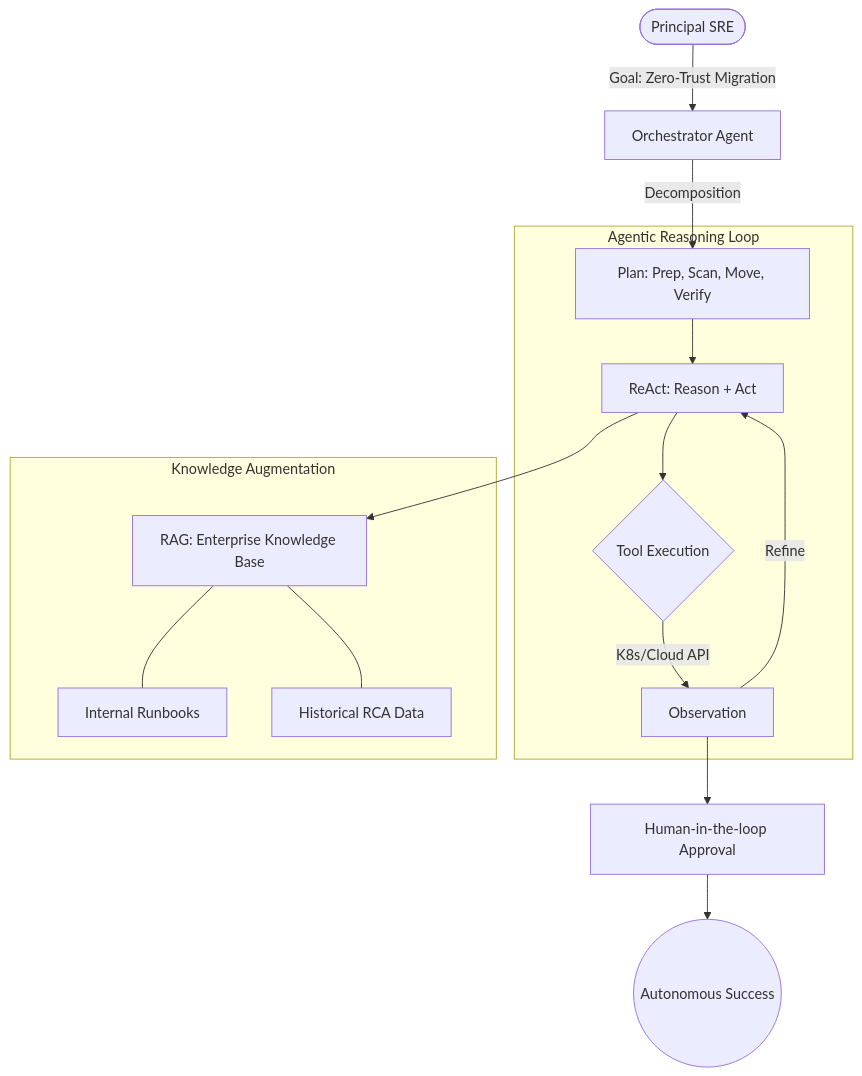
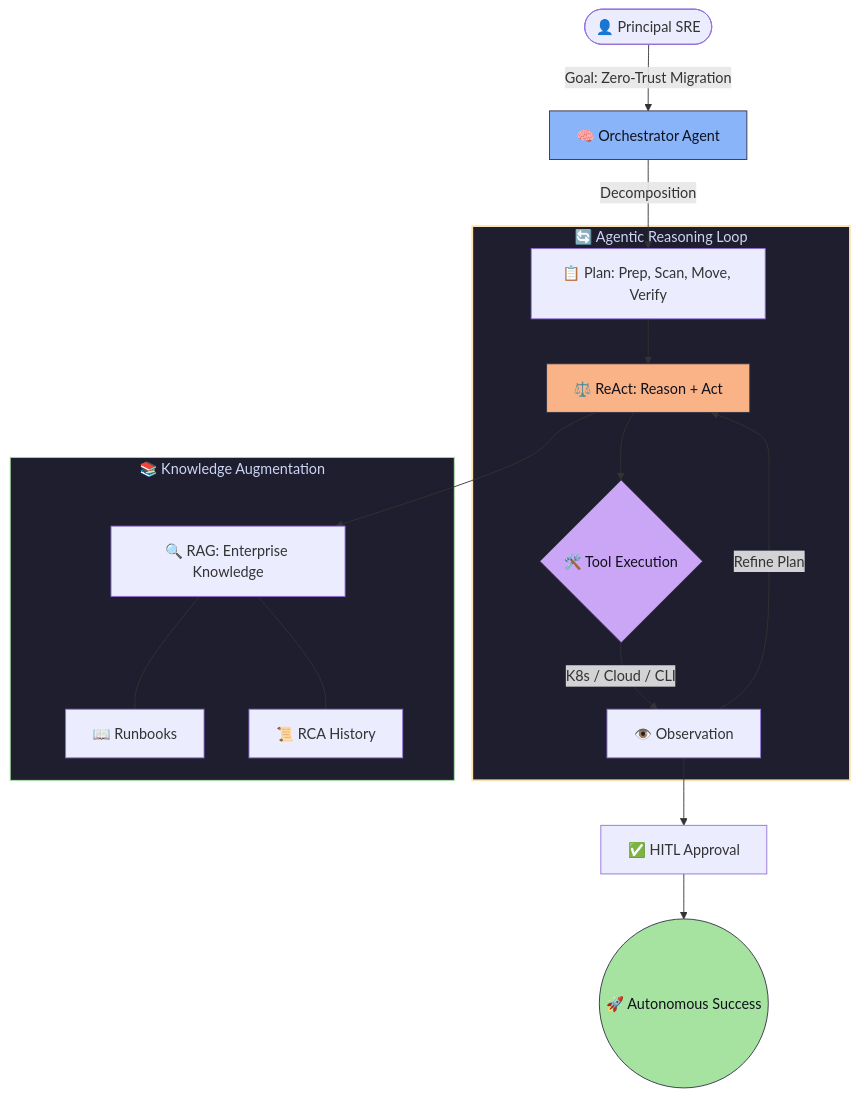
The diagram in 03-advanced/03-phase-3/02-prompt-engineering/readme.md (Ganil151/Devops), drawn with Mermaid before and after one commit. The commit also changed other lines of this file and 1 other file, not shown here.

Commit message:
docs(Devops): Update readme.md and 1 others
Changes summary:
- Modified: 2 files
  • 03-advanced/03-phase-3/02-prompt-engineering/readme.md
  • 03-advanced/03-phase-3/03-mcp/readme.md

````diff
--- a/03-advanced/03-phase-3/02-prompt-engineering/readme.md
+++ b/03-advanced/03-phase-3/02-prompt-engineering/readme.md
@@ -14,21 +14,30 @@
 ```mermaid
 graph TD
-    User([Principal SRE]) -->|Goal: Zero-Trust Migration| Agent[Orchestrator Agent]
-    Agent -->|Decomposition| SubTasks[Plan: Prep, Scan, Move, Verify]
+    User([👤 Principal SRE]) -->|Goal: Zero-Trust Migration| Agent[🧠 Orchestrator Agent]
+    Agent -->|Decomposition| SubTasks[📋 Plan: Prep, Scan, Move, Verify]
     
-    subgraph Agentic Reasoning Loop
-    SubTasks --> Planning[ReAct: Reason + Act]
-    Planning --> Tools{Tool Execution}
-    Tools -->|K8s/Cloud API| Obs[Observation]
-    Obs -->|Refine| Planning
+    subgraph Reasoning_Loop ["🔄 Agentic Reasoning Loop"]
+    SubTasks --> Planning[⚖️ ReAct: Reason + Act]
+    Planning --> Tools{🛠️ Tool Execution}
+    Tools -->|K8s / Cloud / CLI| Obs[👁️ Observation]
+    Obs -->|Refine Plan| Planning
     end
     
-    subgraph Knowledge Augmentation
-    Planning --> RAG[RAG: Enterprise Knowledge Base]
-    RAG --- Docs[Internal Runbooks]
-    RAG --- Logs[Historical RCA Data]
+    subgraph Knowledge_Layer ["📚 Knowledge Augmentation"]
+    Planning --> RAG[🔍 RAG: Enterprise Knowledge]
+    RAG --- Docs[📖 Runbooks]
+    RAG --- Logs[📜 RCA History]
     end
     
-    Obs --> Finalize[Human-in-the-loop Approval]
-    Finalize --> Success((Autonomous Success))
+    Obs --> Finalize[✅ HITL Approval]
+    Finalize --> Success((🚀 Autonomous Success))
+
+    %% Styling
+    style Reasoning_Loop fill:#1e1e2e,stroke:#f9e2af,color:#cdd6f4,stroke-width:2px
+    style Knowledge_Layer fill:#1e1e2e,stroke:#a6e3a1,color:#cdd6f4
+    
+    style Agent fill:#89b4fa,stroke:#313244,color:#11111b
+    style Planning fill:#fab387,stroke:#313244,color:#11111b
+    style Tools fill:#cba6f7,stroke:#313244,color:#11111b
+    style Success fill:#a6e3a1,stroke:#313244,color:#11111b
 ```
````
